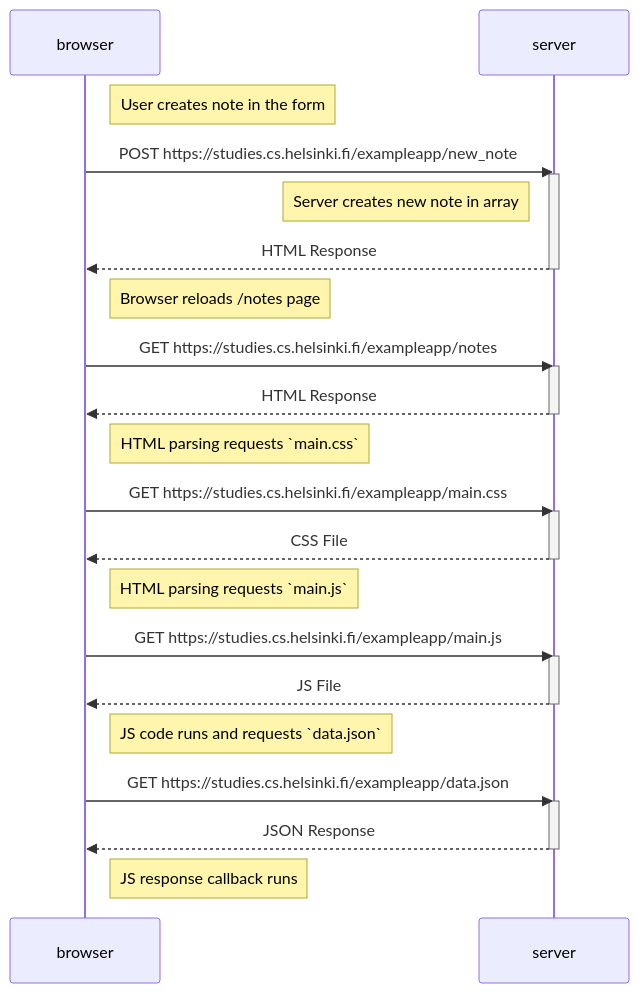
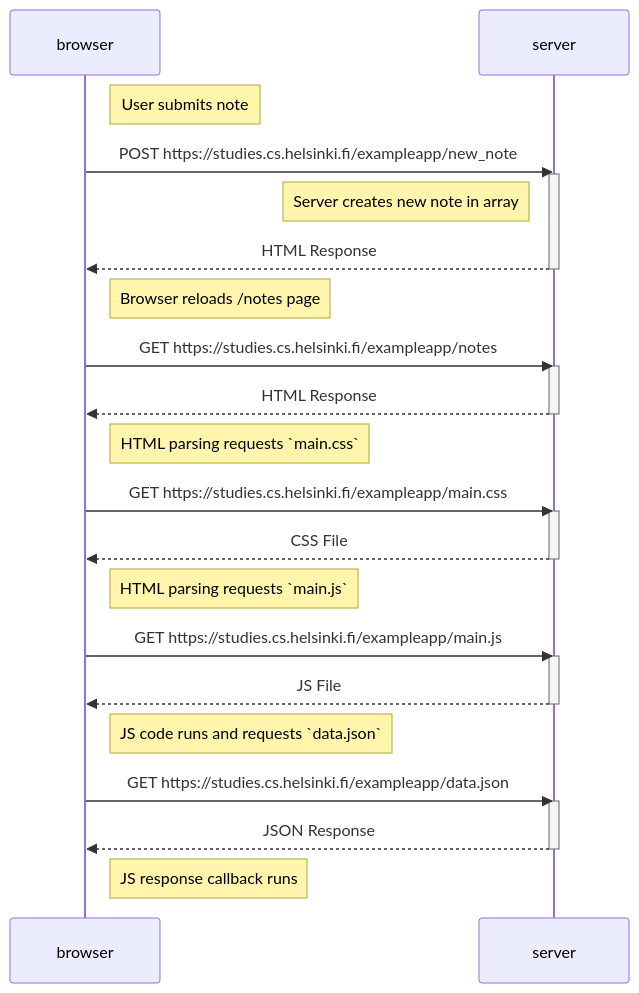
One commit to aki-cat/fullstack-open-course changed the diagram in part0/0.4.md. Above: the diagram before and after it, drawn with Mermaid.

Commit message:
Enhance phrasing in 0.4 notes

````diff
--- a/part0/0.4.md
+++ b/part0/0.4.md
@@ -5,47 +5,47 @@
 ```mermaid
 
 sequenceDiagram
     participant browser
     participant server
 
-    note right of browser: User creates note in the form
+    note right of browser: User submits note
 
     browser->>server: POST https://studies.cs.helsinki.fi/exampleapp/new_note
     activate server
 
     note left of server: Server creates new note in array
 
     server-->>browser: HTML Response
     deactivate server
 
     note right of browser: Browser reloads /notes page
 
     browser->>server: GET https://studies.cs.helsinki.fi/exampleapp/notes
     activate server
     server-->>browser: HTML Response
     deactivate server
 
     note right of browser: HTML parsing requests `main.css`
 
     browser->>server: GET https://studies.cs.helsinki.fi/exampleapp/main.css
     activate server
     server-->>browser: CSS File
     deactivate server
 
     note right of browser: HTML parsing requests `main.js`
 
     browser->>server: GET https://studies.cs.helsinki.fi/exampleapp/main.js
     activate server
     server-->>browser: JS File
     deactivate server
 
     note right of browser: JS code runs and requests `data.json`
 
     browser->>server: GET https://studies.cs.helsinki.fi/exampleapp/data.json
     activate server
     server-->>browser: JSON Response
     deactivate server
 
     note right of browser: JS response callback runs
 
 ```
````
